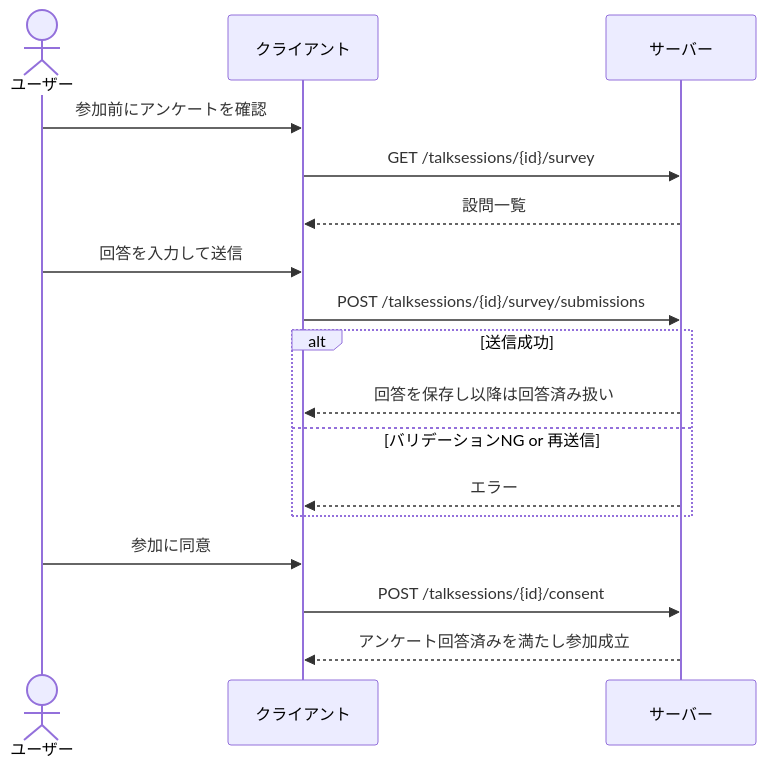
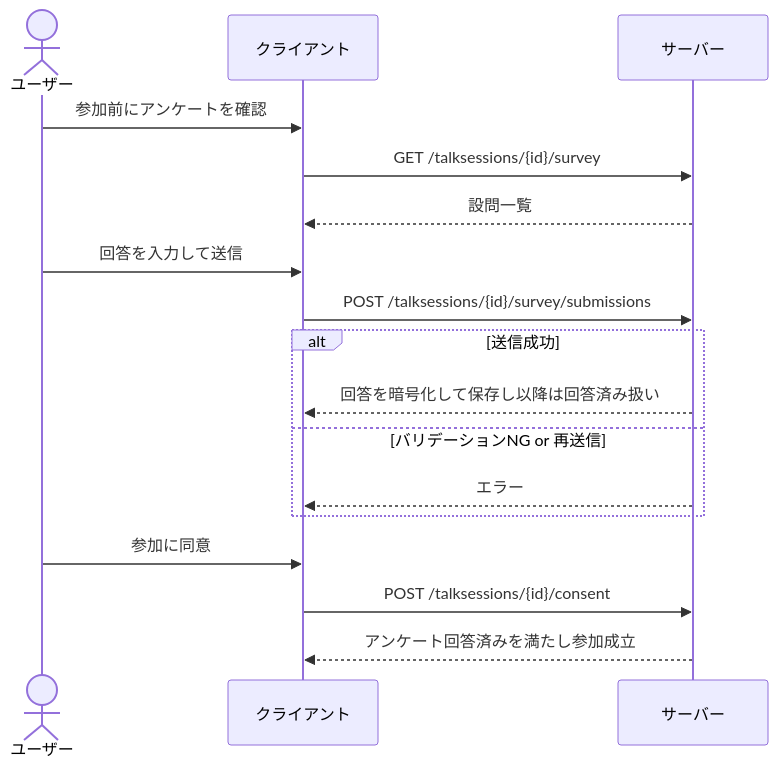
Before and after one commit to neko-dream/api: the first of 2 diagrams in docs/features/talk-session-survey.md, drawn with Mermaid. The commit also changed other lines of this file, not shown here.

````diff
--- a/docs/features/talk-session-survey.md
+++ b/docs/features/talk-session-survey.md
@@ -78,22 +74,22 @@
 ```mermaid
 sequenceDiagram
     actor User as ユーザー
     participant Client as クライアント
     participant Server as サーバー
 
     User->>Client: 参加前にアンケートを確認
     Client->>Server: GET /talksessions/{id}/survey
     Server-->>Client: 設問一覧
 
     User->>Client: 回答を入力して送信
     Client->>Server: POST /talksessions/{id}/survey/submissions
     alt 送信成功
-        Server-->>Client: 回答を保存し以降は回答済み扱い
+        Server-->>Client: 回答を暗号化して保存し以降は回答済み扱い
     else バリデーションNG or 再送信
         Server-->>Client: エラー
     end
 
     User->>Client: 参加に同意
     Client->>Server: POST /talksessions/{id}/consent
     Server-->>Client: アンケート回答済みを満たし参加成立
 ```
````
